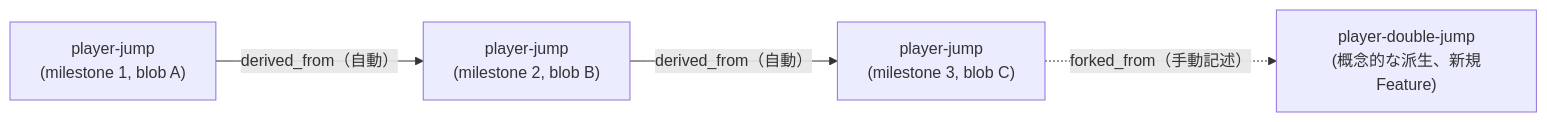
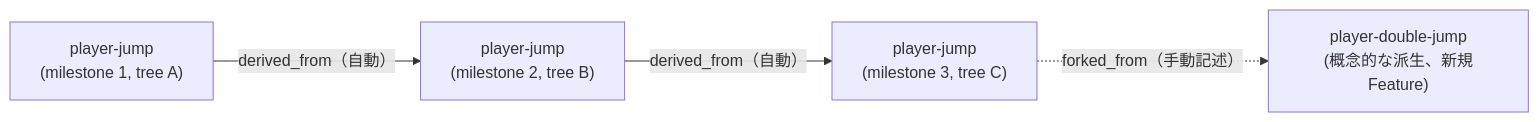
Before and after one commit to markharness/markharness: the third of 6 diagrams in docs/テスト知識管理のGit-nativeモデル_統合版V2.md, drawn with Mermaid. The commit also changed other lines of this file, not shown here.

````diff
--- a/docs/テスト知識管理のGit-nativeモデル_統合版V2.md
+++ b/docs/テスト知識管理のGit-nativeモデル_統合版V2.md
@@ -146,6 +152,6 @@
 ```mermaid
 flowchart LR
-  F1["player-jump\n(milestone 1, blob A)"] -->|derived_from（自動）| F2["player-jump\n(milestone 2, blob B)"]
-  F2 -->|derived_from（自動）| F3["player-jump\n(milestone 3, blob C)"]
+  F1["player-jump\n(milestone 1, tree A)"] -->|derived_from（自動）| F2["player-jump\n(milestone 2, tree B)"]
+  F2 -->|derived_from（自動）| F3["player-jump\n(milestone 3, tree C)"]
   F3 -.->|forked_from（手動記述）| F4["player-double-jump\n(概念的な派生、新規Feature)"]
 ```
````
